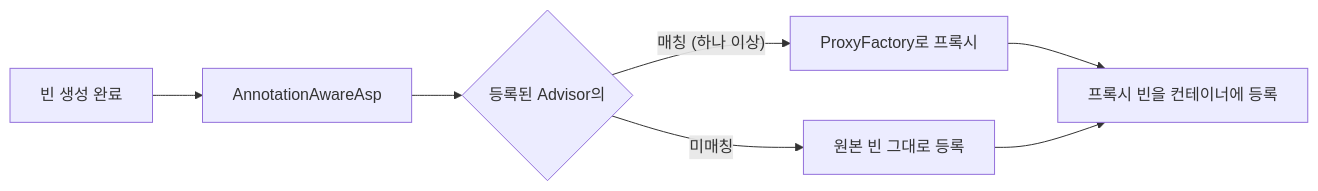
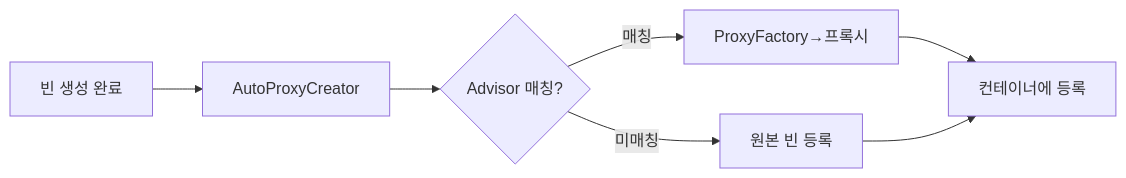
Before and after one commit to yjkim2015/yjkim2015.github.io: the ninth of 11 diagrams in _posts/spring/2026-05-02-spring-core-advanced.md, drawn with Mermaid. The commit also changed other lines of this file and 84 other files, not shown here.

First line of the commit message:
85개 포스트 Mermaid 다이어그램 규칙 일괄 수정

````diff
--- a/_posts/spring/2026-05-02-spring-core-advanced.md
+++ b/_posts/spring/2026-05-02-spring-core-advanced.md
@@ -500,9 +485,9 @@
 ```mermaid
-flowchart LR
-    A["빈 생성 완료"] --> B["AnnotationAwareAsp"]
-    B --> C{"등록된 Advisor의"}
-    C -->|"매칭 (하나 이상)"| D["ProxyFactory로 프록시"]
-    C -->|"미매칭"| E["원본 빈 그대로 등록"]
-    D --> F["프록시 빈을 컨테이너에 등록"]
+graph LR
+    A["빈 생성 완료"] --> B["AutoProxyCreator"]
+    B --> C{"Advisor 매칭?"}
+    C -->|"매칭"| D["ProxyFactory→프록시"]
+    C -->|"미매칭"| E["원본 빈 등록"]
+    D --> F["컨테이너에 등록"]
     E --> F
 ```
````
